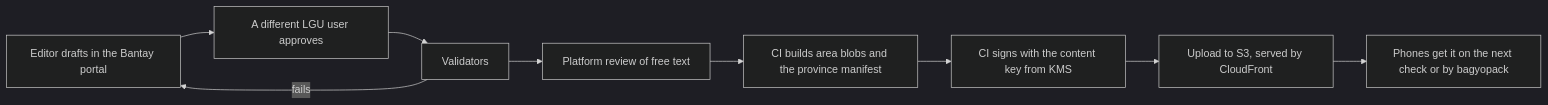
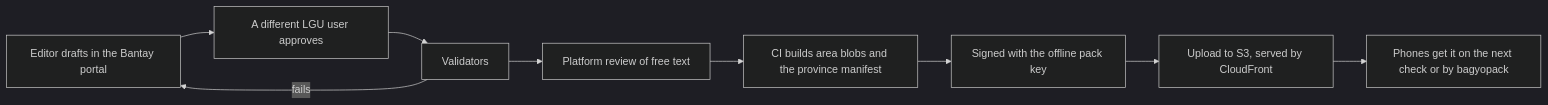
One commit to Jimuelle07/Sipat changed diagram 12 of 13 in docs/system-design.md. Above: the diagram before and after it, drawn with Mermaid (dark theme). The commit also changed other lines of this file and 32 other files, not shown here.

````diff
--- a/docs/system-design.md
+++ b/docs/system-design.md
@@ -688,11 +814,11 @@
 ```mermaid
 flowchart LR
   D["Editor drafts in the Bantay portal"] --> AP["A different LGU user approves"]
   AP --> VA["Validators"]
   VA -- fails --> D
   VA --> PR["Platform review of free text"]
   PR --> B["CI builds area blobs and the province manifest"]
-  B --> SG["CI signs with the content key from KMS"]
+  B --> SG["Signed with the offline pack key"]
   SG --> PUB["Upload to S3, served by CloudFront"]
   PUB --> PH["Phones get it on the next check or by bagyopack"]
 ```
````
